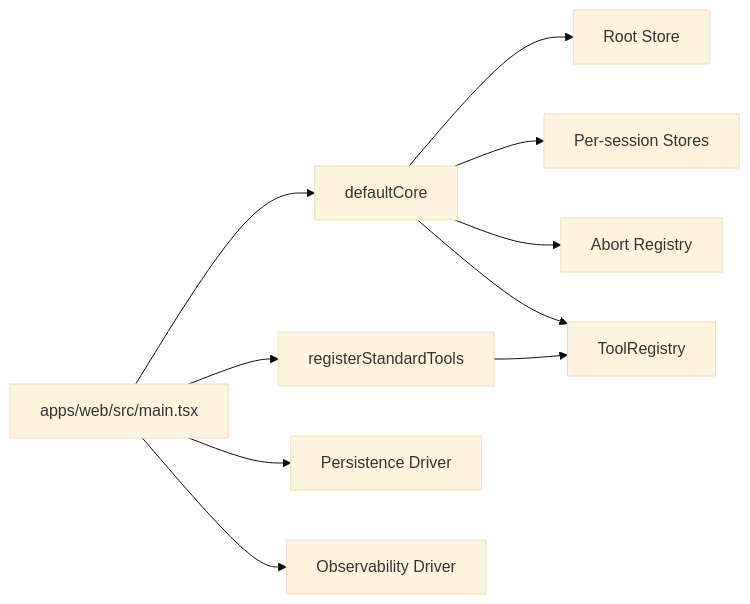
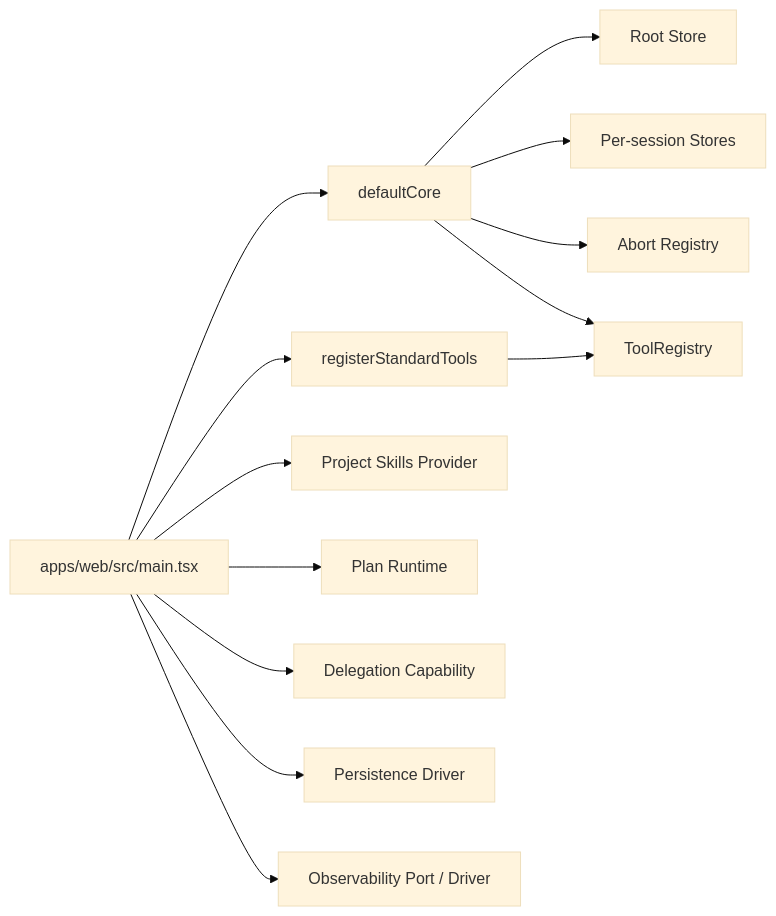
Before and after one commit to allroad88888888/einfach-agent: the first of 2 diagrams in docs/core-runtime-flow.md, drawn with Mermaid (base theme). The commit also changed other lines of this file and 4 other files, not shown here.

````diff
--- a/docs/core-runtime-flow.md
+++ b/docs/core-runtime-flow.md
@@ -8,12 +8,15 @@
 ```mermaid
 flowchart LR
   APP[apps/web/src/main.tsx] --> CORE[defaultCore]
   APP --> TOOLS[registerStandardTools]
+  APP --> SKILLS[Project Skills Provider]
+  APP --> PLAN[Plan Runtime]
+  APP --> DELEGATION[Delegation Capability]
   APP --> PERSIST[Persistence Driver]
-  APP --> OBS[Observability Driver]
+  APP --> OBS[Observability Port / Driver]
   TOOLS --> REG[ToolRegistry]
   CORE --> ROOT[Root Store]
   CORE --> SESSION[Per-session Stores]
   CORE --> ABORT[Abort Registry]
   CORE --> REG
 ```
````
